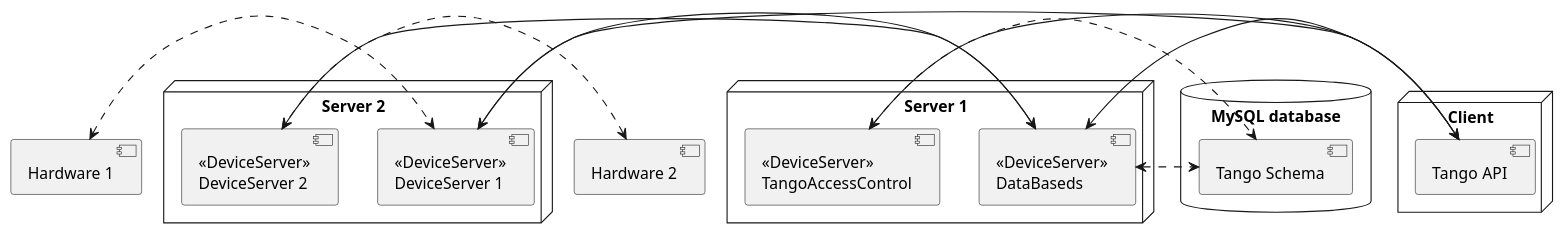
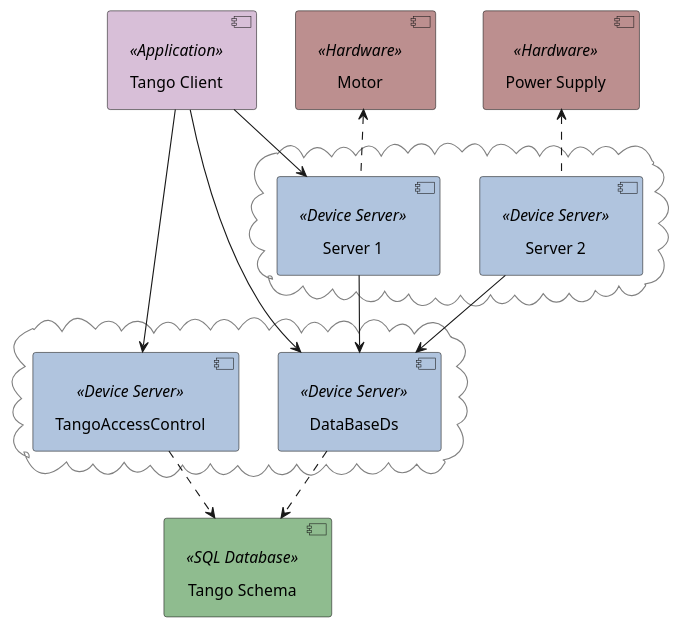
The diagram in papers/case-study/figures/uml-source/01-tango-architecture.pu (mliszcz/msc-thesis), drawn with PlantUML before and after one commit. The commit also changed 4 other files, not shown here.

Commit message:
[case-study] plantuml diagrams improvement

```diff
--- a/papers/case-study/figures/uml-source/01-tango-architecture.pu
+++ b/papers/case-study/figures/uml-source/01-tango-architecture.pu
@@ -1,37 +1,38 @@
 @startuml
 
-node "Server 1" {
-  component "<<DeviceServer>>\nDataBaseds" as DBDS
-  component "<<DeviceServer>>\nTangoAccessControl" as TAC
+top to bottom direction
+
+skinparam cloudBorderColor Gray
+skinparam Padding 5
+
+cloud {
+component [DataBaseDs] <<Device Server>> as DBDS #LightSteelBlue
+component [TangoAccessControl] <<Device Server>> as TAC #LightSteelBlue
 }
 
-node "Server 2" {
-  component "<<DeviceServer>>\nDeviceServer 1" as DS1
-  component "<<DeviceServer>>\nDeviceServer 2" as DS2
+cloud {
+component [Server 1] <<Device Server>> as DS1 #LightSteelBlue
+component [Server 2] <<Device Server>> as DS2 #LightSteelBlue
 }
 
-database "MySQL database" {
-  component "Tango Schema" as DB
-}
+component [Tango Schema] <<SQL Database>> as DB #DarkSeaGreen
 
-node "Client" {
-  component "Tango API" as DP
-}
+component [Tango Client] <<Application>> as DP #Thistle
 
-component "Hardware 1" as HW1
-component "Hardware 2" as HW2
+component [Motor] <<Hardware>> as HW1 #RosyBrown
+component [Power Supply] <<Hardware>> as HW2 #RosyBrown
 
-HW1 <.> DS1
-HW2 <.> DS2
+HW1 <.. DS1
+HW2 <.. DS2
 
-DS1 <-> DBDS
-DS2 <-> DBDS
+DS1 --> DBDS
+DS2 --> DBDS
 
-DBDS <.> DB
-TAC  <.> DB
+DBDS ..> DB
+TAC  ..> DB
 
-DP <-> DBDS
-DP <-> TAC
-DP <-> DS1
+DP --> DBDS
+DP --> TAC
+DP --> DS1
 
 @enduml
```
